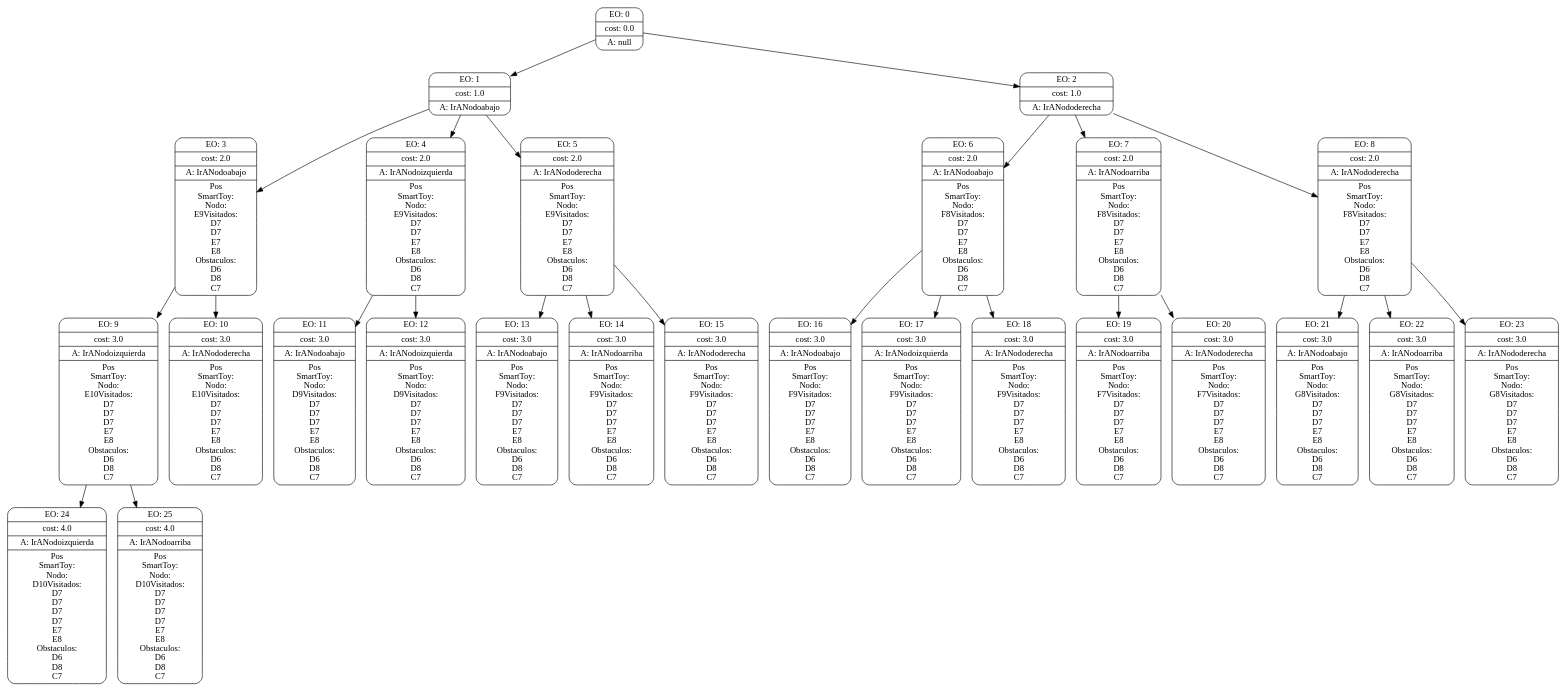
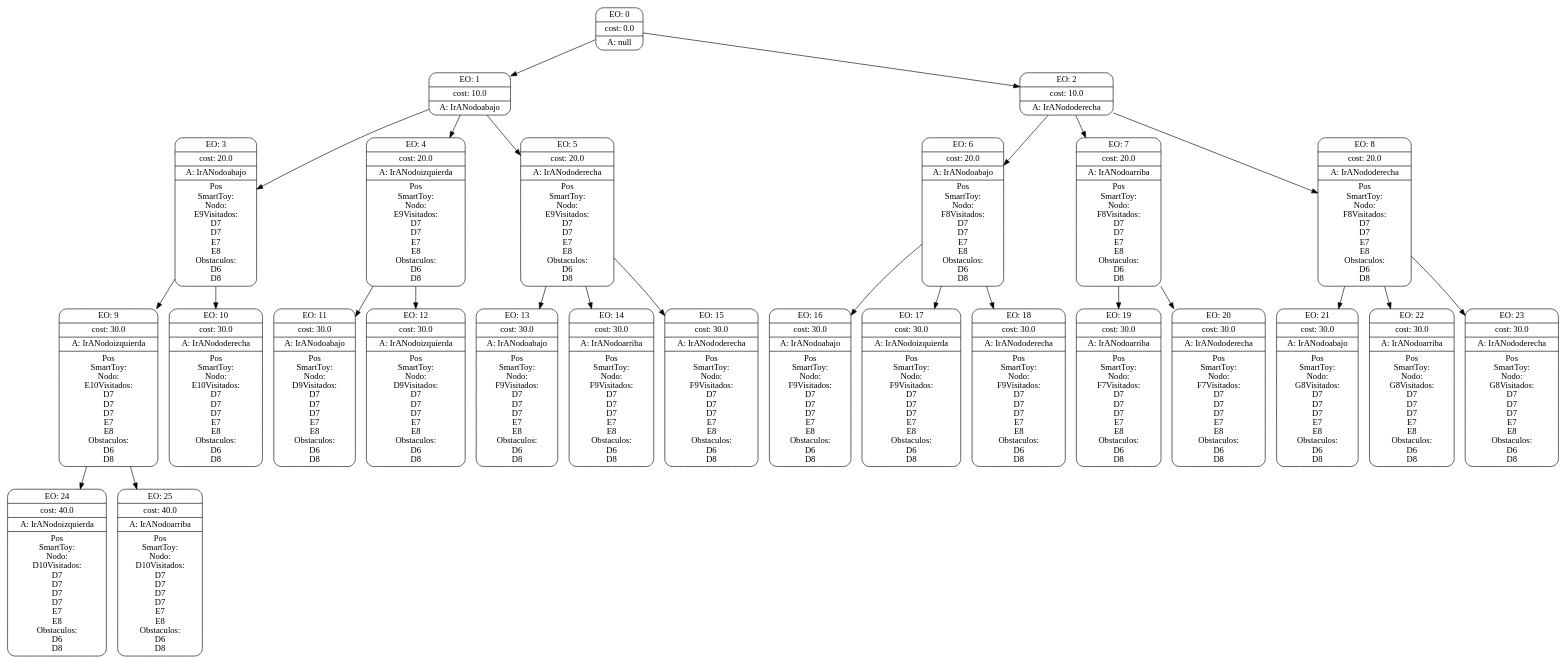
The diagram in tp1-ia/searchGVTrees/2.dot (npadula/tp1-ia), drawn with Graphviz before and after one commit. The commit also changed 16 other files, not shown here.

```diff
--- a/tp1-ia/searchGVTrees/2.dot
+++ b/tp1-ia/searchGVTrees/2.dot
@@ -1,146 +1,146 @@
 digraph g {
 node [shape = Mrecord];
 nodo0[label="{EO: 0|cost: 0.0|A: null}"]
-nodo1[label="{EO: 1|cost: 1.0|A: IrANodoabajo
+nodo1[label="{EO: 1|cost: 10.0|A: IrANodoabajo
 }"]
-nodo3[label="{EO: 3|cost: 2.0|A: IrANodoabajo
+nodo3[label="{EO: 3|cost: 20.0|A: IrANodoabajo
 |
 Pos\nSmartToy:\nNodo:\nE9
 
 Visitados:\n
 D7\nD7\nE7\nE8\n
 Obstaculos:\n
-D6\nD8\nC7\n
+D6\nD8\n
 
 }"]
-nodo9[label="{EO: 9|cost: 3.0|A: IrANodoizquierda
+nodo9[label="{EO: 9|cost: 30.0|A: IrANodoizquierda
 |
 Pos\nSmartToy:\nNodo:\nE10
 
 Visitados:\n
 D7\nD7\nD7\nE7\nE8\n
 Obstaculos:\n
-D6\nD8\nC7\n
+D6\nD8\n
 
 }"]
-nodo24[label="{EO: 24|cost: 4.0|A: IrANodoizquierda
+nodo24[label="{EO: 24|cost: 40.0|A: IrANodoizquierda
 |
 Pos\nSmartToy:\nNodo:\nD10
 
 Visitados:\n
 D7\nD7\nD7\nD7\nE7\nE8\n
 Obstaculos:\n
-D6\nD8\nC7\n
+D6\nD8\n
 
 }"]
 
 nodo9 -> nodo24;
-nodo25[label="{EO: 25|cost: 4.0|A: IrANodoarriba
+nodo25[label="{EO: 25|cost: 40.0|A: IrANodoarriba
 |
 Pos\nSmartToy:\nNodo:\nD10
 
 Visitados:\n
 D7\nD7\nD7\nD7\nE7\nE8\n
 Obstaculos:\n
-D6\nD8\nC7\n
+D6\nD8\n
 
 }"]
 
 nodo9 -> nodo25;
 
 nodo3 -> nodo9;
-nodo10[label="{EO: 10|cost: 3.0|A: IrANododerecha
+nodo10[label="{EO: 10|cost: 30.0|A: IrANododerecha
 |
 Pos\nSmartToy:\nNodo:\nE10
 
 Visitados:\n
 D7\nD7\nD7\nE7\nE8\n
 Obstaculos:\n
-D6\nD8\nC7\n
+D6\nD8\n
 
 }"]
 
 nodo3 -> nodo10;
 
 nodo1 -> nodo3;
-nodo4[label="{EO: 4|cost: 2.0|A: IrANodoizquierda
+nodo4[label="{EO: 4|cost: 20.0|A: IrANodoizquierda
 |
 Pos\nSmartToy:\nNodo:\nE9
 
 Visitados:\n
 D7\nD7\nE7\nE8\n
 Obstaculos:\n
-D6\nD8\nC7\n
+D6\nD8\n
 
 }"]
-nodo11[label="{EO: 11|cost: 3.0|A: IrANodoabajo
+nodo11[label="{EO: 11|cost: 30.0|A: IrANodoabajo
 |
 Pos\nSmartToy:\nNodo:\nD9
 
 Visitados:\n
 D7\nD7\nD7\nE7\nE8\n
 Obstaculos:\n
-D6\nD8\nC7\n
+D6\nD8\n
 
 }"]
 
 nodo4 -> nodo11;
-nodo12[label="{EO: 12|cost: 3.0|A: IrANodoizquierda
+nodo12[label="{EO: 12|cost: 30.0|A: IrANodoizquierda
 |
 Pos\nSmartToy:\nNodo:\nD9
 
 Visitados:\n
 D7\nD7\nD7\nE7\nE8\n
 Obstaculos:\n
-D6\nD8\nC7\n
+D6\nD8\n
 
 }"]
 
 nodo4 -> nodo12;
 
 nodo1 -> nodo4;
-nodo5[label="{EO: 5|cost: 2.0|A: IrANododerecha
+nodo5[label="{EO: 5|cost: 20.0|A: IrANododerecha
 |
 Pos\nSmartToy:\nNodo:\nE9
 
 Visitados:\n
 D7\nD7\nE7\nE8\n
 Obstaculos:\n
-D6\nD8\nC7\n
+D6\nD8\n
 
 }"]
-nodo13[label="{EO: 13|cost: 3.0|A: IrANodoabajo
+nodo13[label="{EO: 13|cost: 30.0|A: IrANodoabajo
 |
 Pos\nSmartToy:\nNodo:\nF9
 
 Visitados:\n
 D7\nD7\nD7\nE7\nE8\n
 Obstaculos:\n
-D6\nD8\nC7\n
+D6\nD8\n
 
 }"]
 
 nodo5 -> nodo13;
-nodo14[label="{EO: 14|cost: 3.0|A: IrANodoarriba
+nodo14[label="{EO: 14|cost: 30.0|A: IrANodoarriba
 |
 Pos\nSmartToy:\nNodo:\nF9
 
 Visitados:\n
 D7\nD7\nD7\nE7\nE8\n
 Obstaculos:\n
-D6\nD8\nC7\n
+D6\nD8\n
 
 }"]
 
 nodo5 -> nodo14;
-nodo15[label="{EO: 15|cost: 3.0|A: IrANododerecha
+nodo15[label="{EO: 15|cost: 30.0|A: IrANododerecha
 |
 Pos\nSmartToy:\nNodo:\nF9
 
 Visitados:\n
 D7\nD7\nD7\nE7\nE8\n
 Obstaculos:\n
-D6\nD8\nC7\n
+D6\nD8\n
 
 }"]
 
@@ -149,134 +149,134 @@
 nodo1 -> nodo5;
 
 nodo0 -> nodo1;
-nodo2[label="{EO: 2|cost: 1.0|A: IrANododerecha
+nodo2[label="{EO: 2|cost: 10.0|A: IrANododerecha
 }"]
-nodo6[label="{EO: 6|cost: 2.0|A: IrANodoabajo
+nodo6[label="{EO: 6|cost: 20.0|A: IrANodoabajo
 |
 Pos\nSmartToy:\nNodo:\nF8
 
 Visitados:\n
 D7\nD7\nE7\nE8\n
 Obstaculos:\n
-D6\nD8\nC7\n
+D6\nD8\n
 
 }"]
-nodo16[label="{EO: 16|cost: 3.0|A: IrANodoabajo
+nodo16[label="{EO: 16|cost: 30.0|A: IrANodoabajo
 |
 Pos\nSmartToy:\nNodo:\nF9
 
 Visitados:\n
 D7\nD7\nD7\nE7\nE8\n
 Obstaculos:\n
-D6\nD8\nC7\n
+D6\nD8\n
 
 }"]
 
 nodo6 -> nodo16;
-nodo17[label="{EO: 17|cost: 3.0|A: IrANodoizquierda
+nodo17[label="{EO: 17|cost: 30.0|A: IrANodoizquierda
 |
 Pos\nSmartToy:\nNodo:\nF9
 
 Visitados:\n
 D7\nD7\nD7\nE7\nE8\n
 Obstaculos:\n
-D6\nD8\nC7\n
+D6\nD8\n
 
 }"]
 
 nodo6 -> nodo17;
-nodo18[label="{EO: 18|cost: 3.0|A: IrANododerecha
+nodo18[label="{EO: 18|cost: 30.0|A: IrANododerecha
 |
 Pos\nSmartToy:\nNodo:\nF9
 
 Visitados:\n
 D7\nD7\nD7\nE7\nE8\n
 Obstaculos:\n
-D6\nD8\nC7\n
+D6\nD8\n
 
 }"]
 
 nodo6 -> nodo18;
 
 nodo2 -> nodo6;
-nodo7[label="{EO: 7|cost: 2.0|A: IrANodoarriba
+nodo7[label="{EO: 7|cost: 20.0|A: IrANodoarriba
 |
 Pos\nSmartToy:\nNodo:\nF8
 
 Visitados:\n
 D7\nD7\nE7\nE8\n
 Obstaculos:\n
-D6\nD8\nC7\n
+D6\nD8\n
 
 }"]
-nodo19[label="{EO: 19|cost: 3.0|A: IrANodoarriba
+nodo19[label="{EO: 19|cost: 30.0|A: IrANodoarriba
 |
 Pos\nSmartToy:\nNodo:\nF7
 
 Visitados:\n
 D7\nD7\nD7\nE7\nE8\n
 Obstaculos:\n
-D6\nD8\nC7\n
+D6\nD8\n
 
 }"]
 
 nodo7 -> nodo19;
-nodo20[label="{EO: 20|cost: 3.0|A: IrANododerecha
+nodo20[label="{EO: 20|cost: 30.0|A: IrANododerecha
 |
 Pos\nSmartToy:\nNodo:\nF7
 
 Visitados:\n
 D7\nD7\nD7\nE7\nE8\n
 Obstaculos:\n
-D6\nD8\nC7\n
+D6\nD8\n
 
 }"]
 
 nodo7 -> nodo20;
 
 nodo2 -> nodo7;
-nodo8[label="{EO: 8|cost: 2.0|A: IrANododerecha
+nodo8[label="{EO: 8|cost: 20.0|A: IrANododerecha
 |
 Pos\nSmartToy:\nNodo:\nF8
 
 Visitados:\n
 D7\nD7\nE7\nE8\n
 Obstaculos:\n
-D6\nD8\nC7\n
+D6\nD8\n
 
 }"]
-nodo21[label="{EO: 21|cost: 3.0|A: IrANodoabajo
+nodo21[label="{EO: 21|cost: 30.0|A: IrANodoabajo
 |
 Pos\nSmartToy:\nNodo:\nG8
 
 Visitados:\n
 D7\nD7\nD7\nE7\nE8\n
 Obstaculos:\n
-D6\nD8\nC7\n
+D6\nD8\n
 
 }"]
 
 nodo8 -> nodo21;
-nodo22[label="{EO: 22|cost: 3.0|A: IrANodoarriba
+nodo22[label="{EO: 22|cost: 30.0|A: IrANodoarriba
 |
 Pos\nSmartToy:\nNodo:\nG8
 
 Visitados:\n
 D7\nD7\nD7\nE7\nE8\n
 Obstaculos:\n
-D6\nD8\nC7\n
+D6\nD8\n
 
 }"]
 
 nodo8 -> nodo22;
-nodo23[label="{EO: 23|cost: 3.0|A: IrANododerecha
+nodo23[label="{EO: 23|cost: 30.0|A: IrANododerecha
 |
 Pos\nSmartToy:\nNodo:\nG8
 
 Visitados:\n
 D7\nD7\nD7\nE7\nE8\n
 Obstaculos:\n
-D6\nD8\nC7\n
+D6\nD8\n
 
 }"]
 
```
